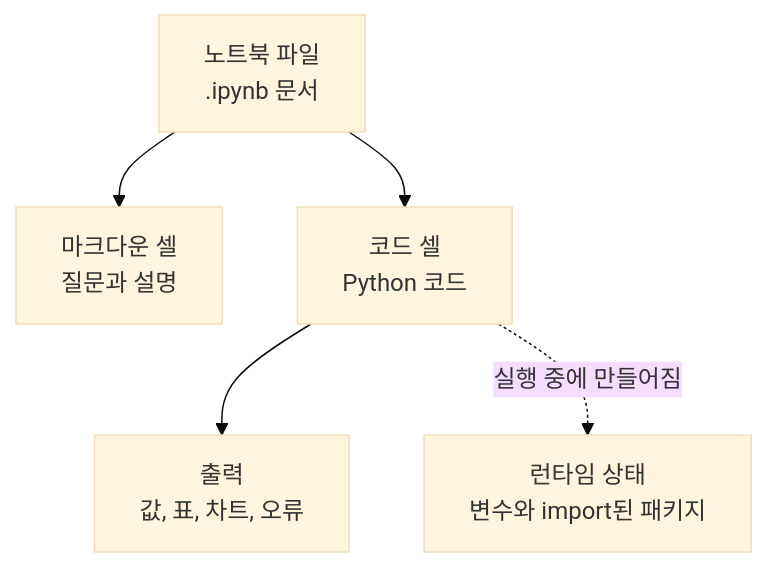
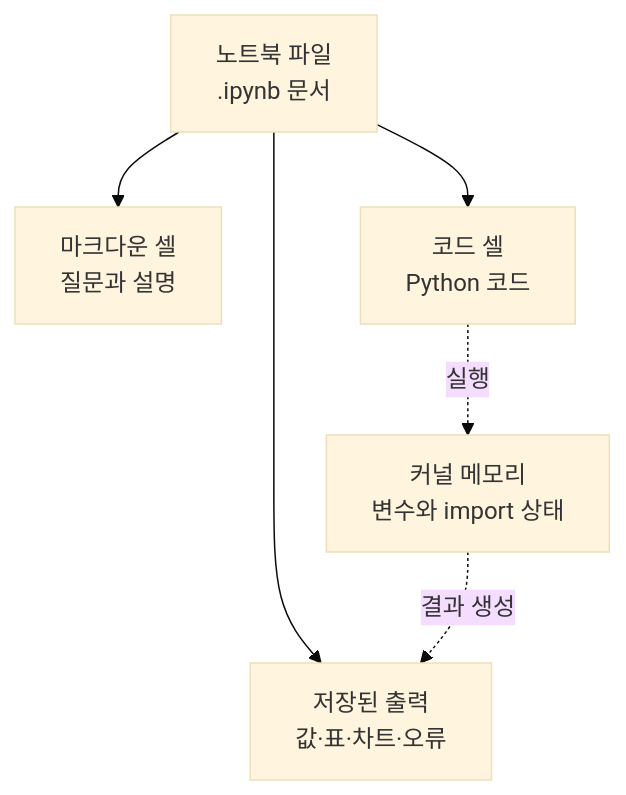
Before and after one commit to devchan64/AiBook: the diagram in docs/assets/part-02/chapter-10/notebook-structure-flow-ko.mmd, drawn with Mermaid (base theme). The commit also changed 28 other files, not shown here.

Commit message:
docs: reinforce P2-10 notebooks and require Mermaid for suitable diagrams

```diff
--- a/docs/assets/part-02/chapter-10/notebook-structure-flow-ko.mmd
+++ b/docs/assets/part-02/chapter-10/notebook-structure-flow-ko.mmd
@@ -1,11 +1,11 @@
 flowchart TB
   A["노트북 파일<br/>.ipynb 문서"]
   B["마크다운 셀<br/>질문과 설명"]
   C["코드 셀<br/>Python 코드"]
-  D["출력<br/>값, 표, 차트, 오류"]
-  E["런타임 상태<br/>변수와 import된 패키지"]
-
+  D["저장된 출력<br/>값·표·차트·오류"]
+  E["커널 메모리<br/>변수와 import 상태"]
   A --> B
   A --> C
-  C --> D
-  C -. "실행 중에 만들어짐" .-> E
+  A --> D
+  C -. "실행" .-> E
+  E -. "결과 생성" .-> D
```
